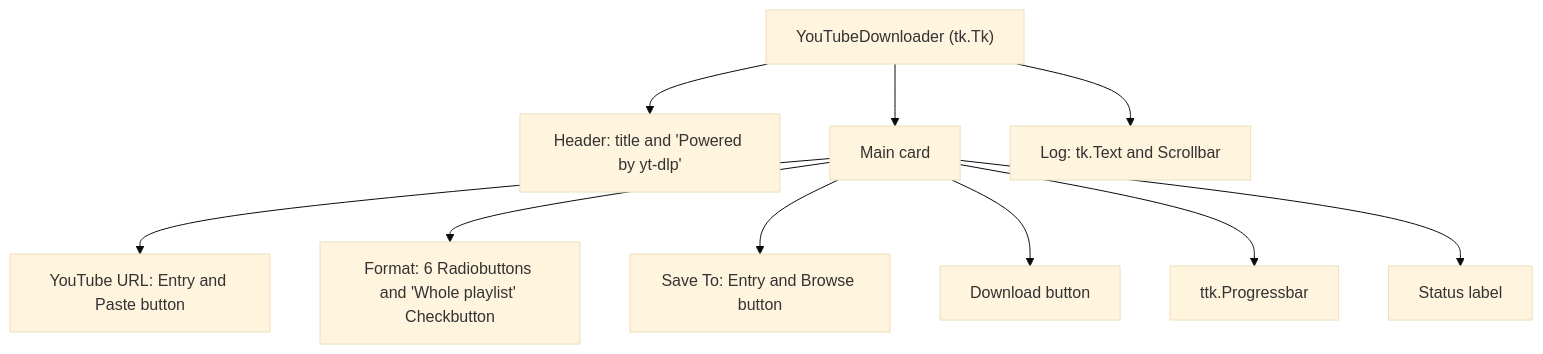
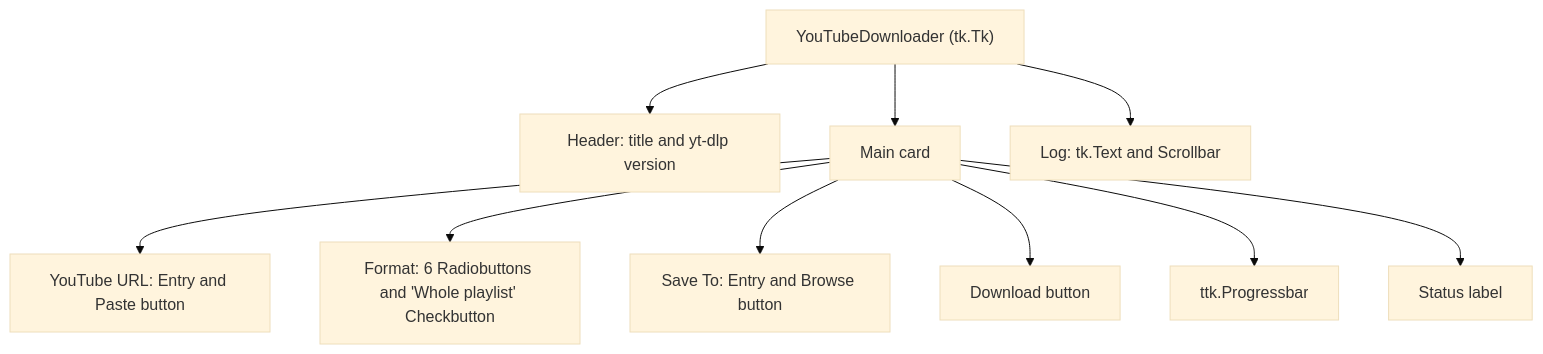
Before and after one commit to lifeupnorth/YouTubeDownloader: the diagram in docs/wiki/06-user-interface.md, drawn with Mermaid (base theme). The commit also changed 5 other files, not shown here.

Commit message:
Document the yt-dlp version display, install without restart, and ruff

````diff
--- a/docs/wiki/06-user-interface.md
+++ b/docs/wiki/06-user-interface.md
@@ -16,12 +16,12 @@
 ```mermaid
 flowchart TD
-    root["YouTubeDownloader (tk.Tk)"] --> hdr["Header: title and 'Powered by yt-dlp'"]
+    root["YouTubeDownloader (tk.Tk)"] --> hdr["Header: title and yt-dlp version"]
     root --> card["Main card"]
     root --> log["Log: tk.Text and Scrollbar"]
     card --> url["YouTube URL: Entry and Paste button"]
     card --> fmt["Format: 6 Radiobuttons and 'Whole playlist' Checkbutton"]
     card --> save["Save To: Entry and Browse button"]
     card --> btn["Download button"]
     card --> bar["ttk.Progressbar"]
     card --> status["Status label"]
 ```
````
